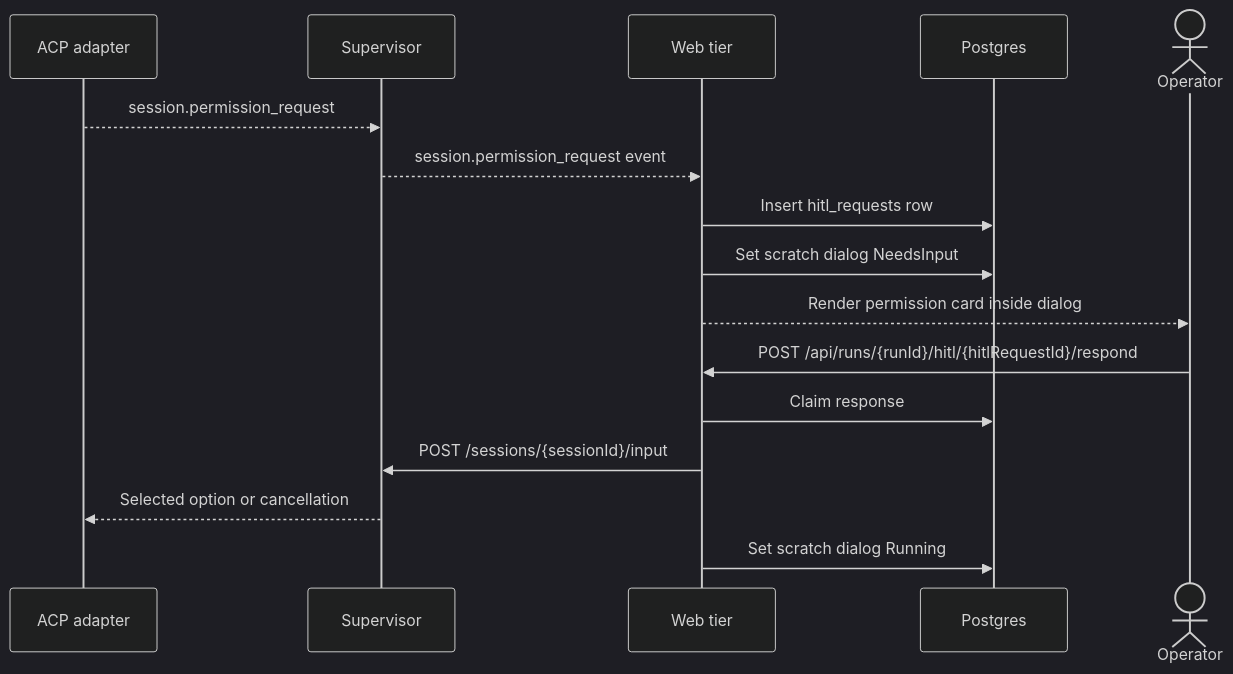
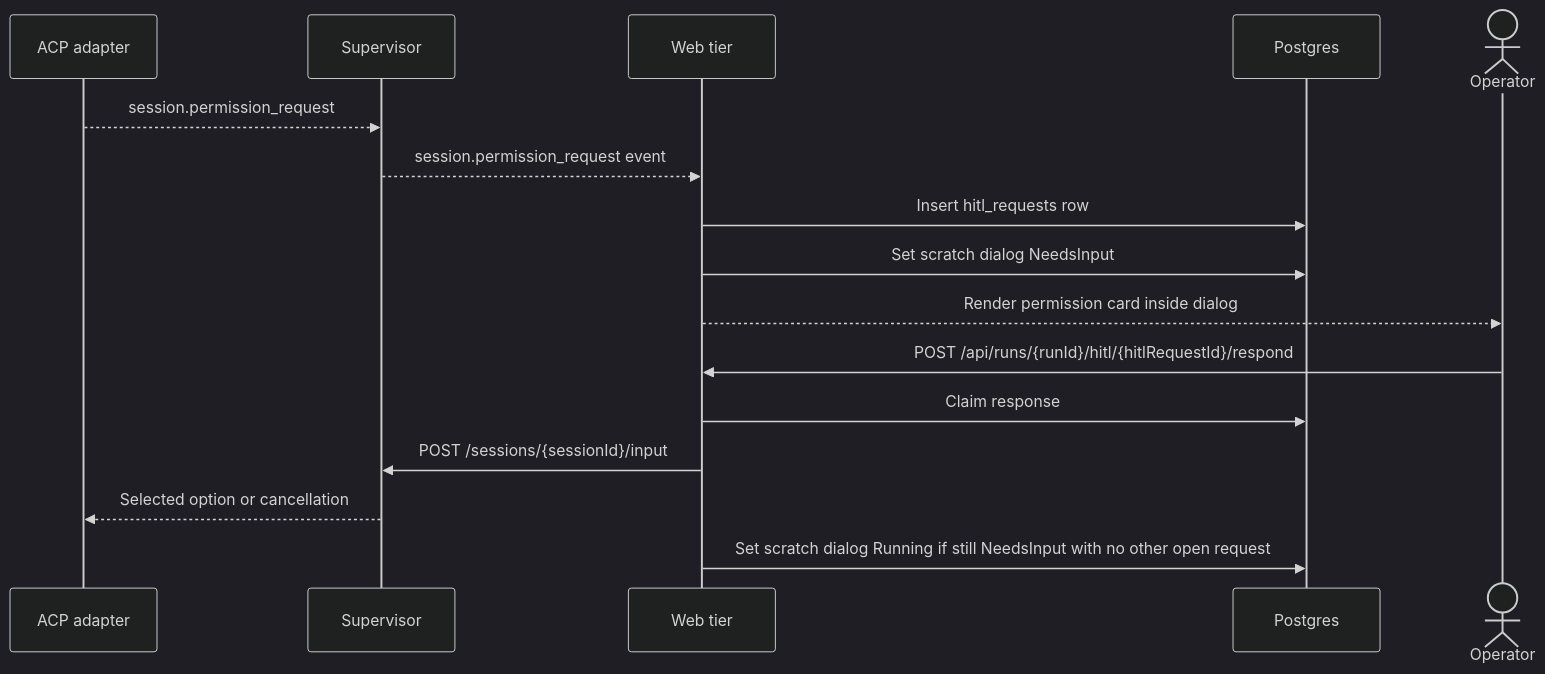
The fourth of 6 diagrams in docs/system-analytics/scratch-runs.md (maister-dev/maister), drawn with Mermaid (dark theme) before and after one commit. The commit also changed other lines of this file and 26 other files, not shown here.

````diff
--- a/docs/system-analytics/scratch-runs.md
+++ b/docs/system-analytics/scratch-runs.md
@@ -327,19 +348,19 @@
 ```mermaid
 sequenceDiagram
     participant A as ACP adapter
     participant SV as Supervisor
     participant W as Web tier
     participant DB as Postgres
     actor U as Operator
 
     A-->>SV: session.permission_request
     SV-->>W: session.permission_request event
     W->>DB: Insert hitl_requests row
     W->>DB: Set scratch dialog NeedsInput
     W-->>U: Render permission card inside dialog
     U->>W: POST /api/runs/{runId}/hitl/{hitlRequestId}/respond
     W->>DB: Claim response
     W->>SV: POST /sessions/{sessionId}/input
     SV-->>A: Selected option or cancellation
-    W->>DB: Set scratch dialog Running
+    W->>DB: Set scratch dialog Running if still NeedsInput with no other open request
 ```
````
